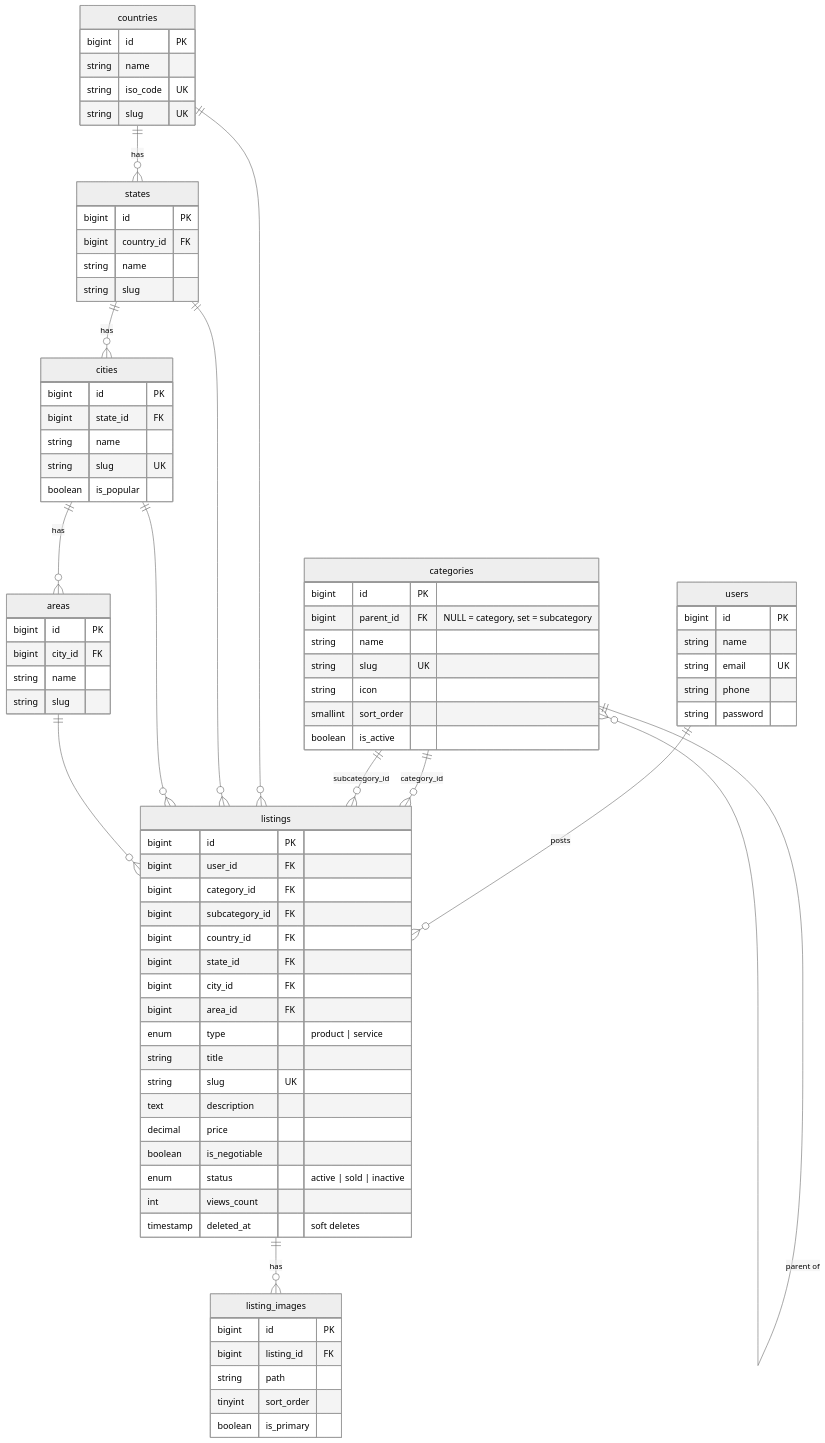
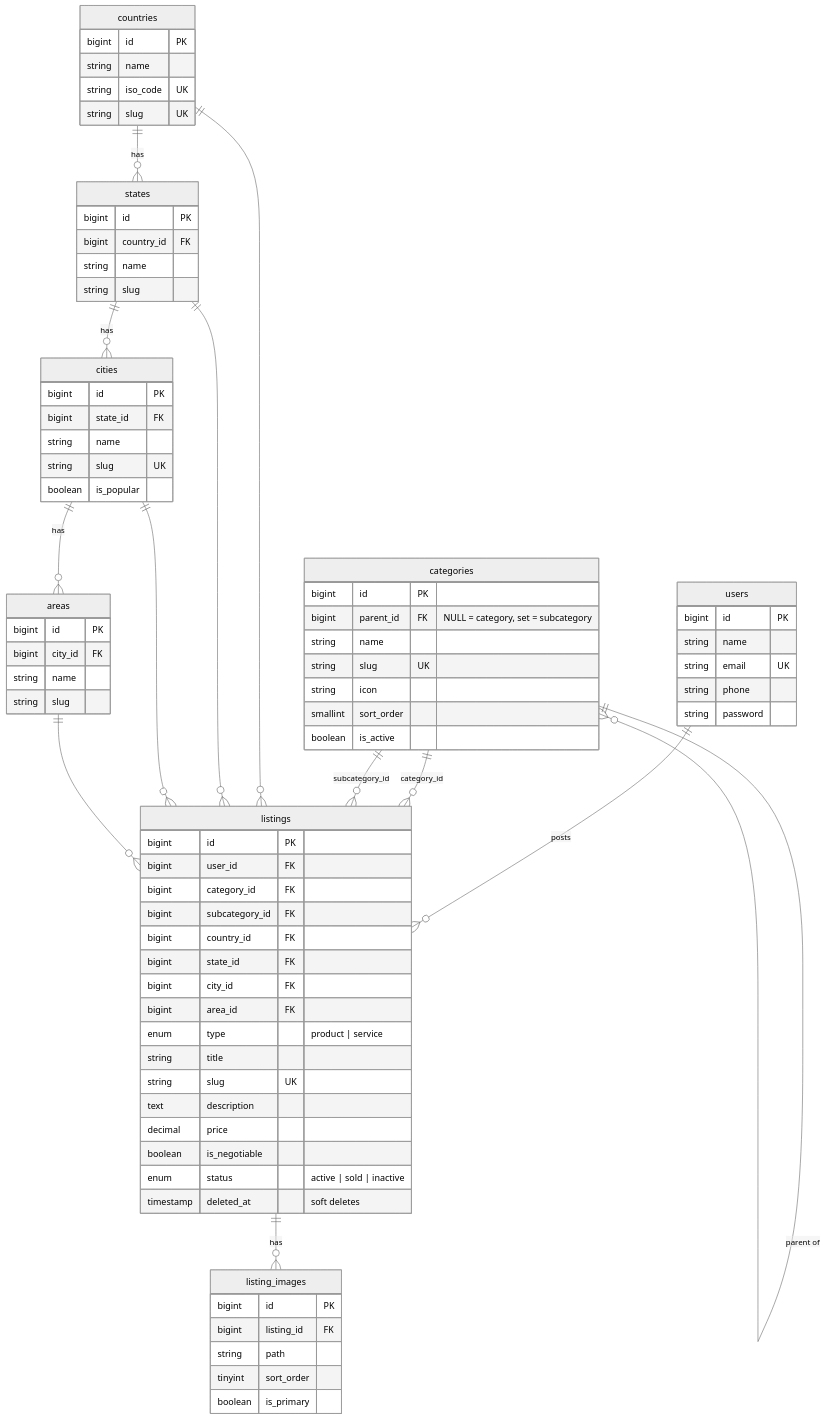
One commit to kinjalkoshti04/laravel-marketplace changed the diagram in README.md. Above: the diagram before and after it, drawn with Mermaid (neutral theme). The commit also changed other lines of this file and 9 other files, not shown here.

```diff
--- a/README.md
+++ b/README.md
@@ -151,7 +151,6 @@
         decimal price
         boolean is_negotiable
         enum status "active | sold | inactive"
-        int views_count
         timestamp deleted_at "soft deletes"
     }
     listing_images {
```
